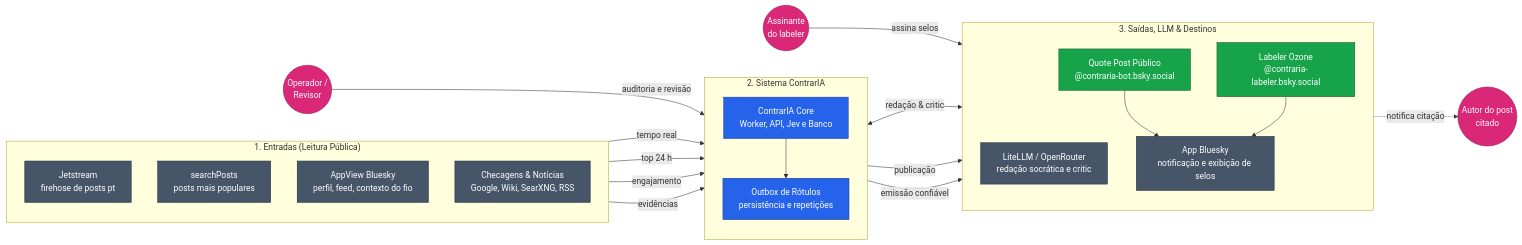
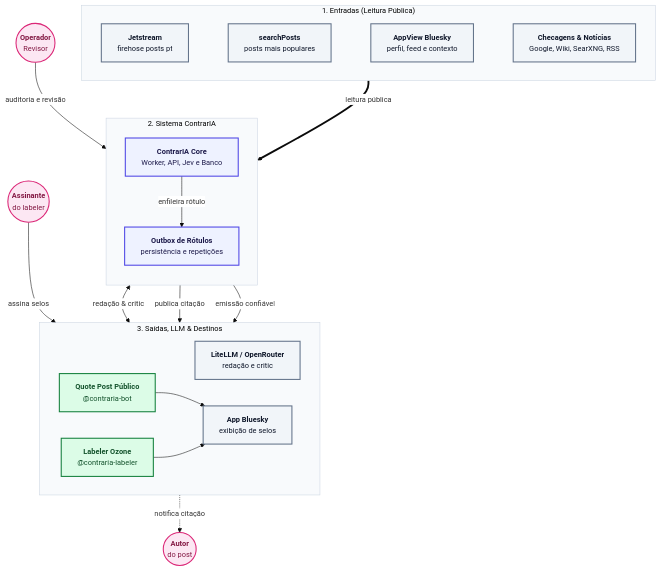
The first of 11 diagrams in docs/arquitetura/mapa-do-sistema.md (moonshinerd/ContrarIA), drawn with Mermaid before and after one commit. The commit also changed other lines of this file and 2 other files, not shown here.

Commit message:
docs(arquitetura): aprimora contraste de cores e escala dos diagramas

````diff
--- a/docs/arquitetura/mapa-do-sistema.md
+++ b/docs/arquitetura/mapa-do-sistema.md
@@ -31,49 +31,49 @@
 ```mermaid
-flowchart LR
-    classDef ext fill:#475569,stroke:#1e293b,color:#fff
-    classDef core fill:#2563eb,stroke:#1e3a8a,color:#fff
-    classDef human fill:#db2777,stroke:#831843,color:#fff
-    classDef out fill:#16a34a,stroke:#14532d,color:#fff
+%%{init: {'theme': 'base', 'themeVariables': { 'fontSize': '14px', 'fontFamily': 'inherit', 'primaryColor': '#EEF2FF', 'edgeLabelBackground': '#FFFFFF', 'clusterBkg': '#F8FAFC', 'clusterBorder': '#CBD5E1' }}}%%
+flowchart TD
+    classDef ext fill:#F1F5F9,stroke:#64748B,stroke-width:2px,color:#0F172A
+    classDef core fill:#EEF2FF,stroke:#4F46E5,stroke-width:2px,color:#1E1B4B
+    classDef human fill:#FCE7F3,stroke:#DB2777,stroke-width:2px,color:#831843
+    classDef out fill:#DCFCE7,stroke:#15803D,stroke-width:2px,color:#14532D
 
     subgraph IN["1. Entradas (Leitura Pública)"]
-        direction TB
-        JS["Jetstream<br/>firehose de posts pt"]:::ext
-        SRCH["searchPosts<br/>posts mais populares"]:::ext
-        APPV["AppView Bluesky<br/>perfil, feed, contexto do fio"]:::ext
-        EVID["Checagens & Notícias<br/>Google, Wiki, SearXNG, RSS"]:::ext
+        direction LR
+        JS["<b>Jetstream</b><br/>firehose posts pt"]:::ext
+        SRCH["<b>searchPosts</b><br/>posts mais populares"]:::ext
+        APPV["<b>AppView Bluesky</b><br/>perfil, feed e contexto"]:::ext
+        EVID["<b>Checagens & Notícias</b><br/>Google, Wiki, SearXNG, RSS"]:::ext
+        JS ~~~ SRCH ~~~ APPV ~~~ EVID
     end
 
     subgraph SYSTEM["2. Sistema ContrarIA"]
         direction TB
-        CORE["ContrarIA Core<br/>Worker, API, Jev e Banco"]:::core
-        OB["Outbox de Rótulos<br/>persistência e repetições"]:::core
-        CORE --> OB
+        CORE["<b>ContrarIA Core</b><br/>Worker, API, Jev e Banco"]:::core
+        OB["<b>Outbox de Rótulos</b><br/>persistência e repetições"]:::core
+        CORE -->|enfileira rótulo| OB
     end
 
     subgraph OUT["3. Saídas, LLM & Destinos"]
-        direction TB
-        LLM["LiteLLM / OpenRouter<br/>redação socrática e critic"]:::ext
-        QP["Quote Post Público<br/>@contraria-bot.bsky.social"]:::out
-        OZ["Labeler Ozone<br/>@contraria-labeler.bsky.social"]:::out
-        APP["App Bluesky<br/>notificação e exibição de selos"]:::ext
+        direction LR
+        LLM["<b>LiteLLM / OpenRouter</b><br/>redação e critic"]:::ext
+        QP["<b>Quote Post Público</b><br/>@contraria-bot"]:::out
+        OZ["<b>Labeler Ozone</b><br/>@contraria-labeler"]:::out
+        APP["<b>App Bluesky</b><br/>exibição de selos"]:::ext
         QP --> APP
         OZ --> APP
     end
 
-    AUTH(("Autor do post<br/>citado")):::human
-    USER(("Assinante<br/>do labeler")):::human
-    OPS(("Operador /<br/>Revisor")):::human
+    AUTH(("<b>Autor</b><br/>do post")):::human
+    USER(("<b>Assinante</b><br/>do labeler")):::human
+    OPS(("<b>Operador</b><br/>Revisor")):::human
 
-    JS -->|"tempo real"| CORE
-    SRCH -->|"top 24 h"| CORE
-    APPV -->|"engajamento"| CORE
-    EVID -->|"evidências"| CORE
+    IN ==>|leitura pública| CORE
+    CORE <-->|redação & critic| LLM
+    CORE -->|publica citação| QP
+    OB -->|emissão confiável| OZ
 
-    CORE <-->|"redação & critic"| LLM
-    CORE -->|"publicação"| QP
-    OB -->|"emissão confiável"| OZ
+    APP -.->|notifica citação| AUTH
+    USER -->|assina selos| APP
+    OPS -->|auditoria e revisão| CORE
 
-    APP -.->|"notifica citação"| AUTH
-    USER -->|"assina selos"| APP
-    OPS -->|"auditoria e revisão"| CORE
+    CORE ~~~ LLM
 ```
````
